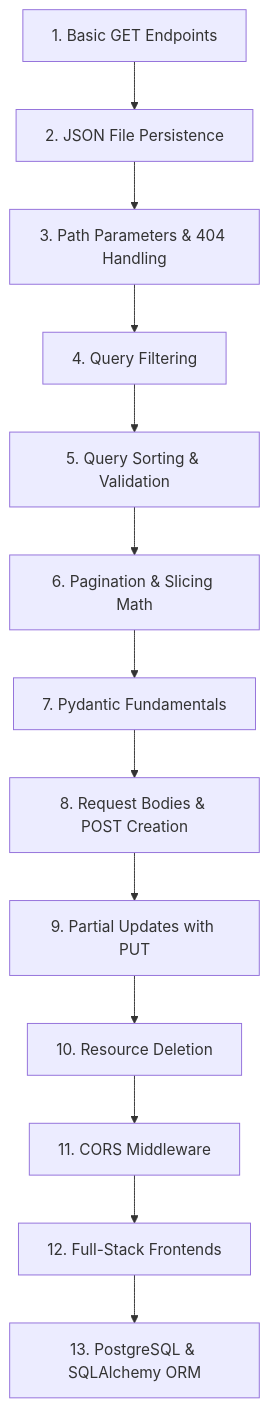
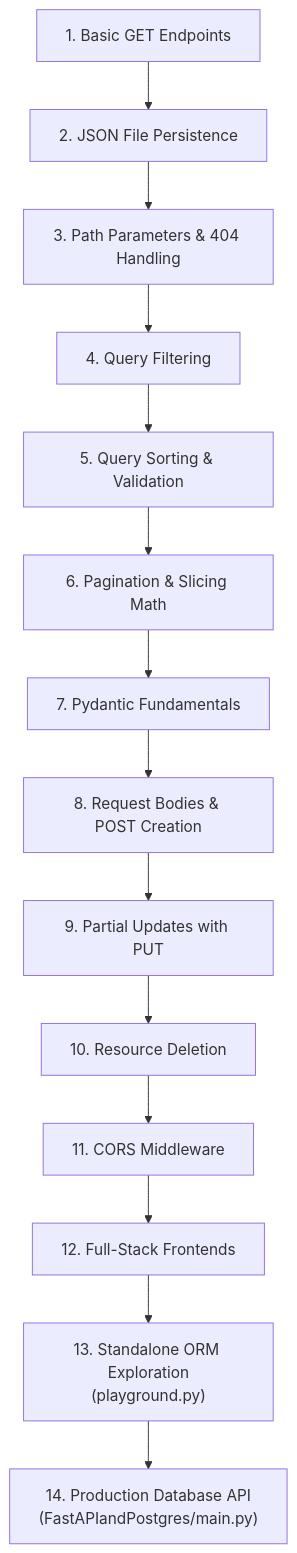
The first of 2 diagrams in README.md (gyr0byte/FastAPI-Learning), drawn with Mermaid before and after one commit. The commit also changed other lines of this file, not shown here.

Commit message:
docs: update README with detailed PostgreSQL and SQLAlchemy architecture steps

````diff
--- a/README.md
+++ b/README.md
@@ -55,15 +55,16 @@
 ```mermaid
 flowchart TD
     A["1. Basic GET Endpoints"] --> B["2. JSON File Persistence"]
     B --> C["3. Path Parameters & 404 Handling"]
     C --> D["4. Query Filtering"]
     D --> E["5. Query Sorting & Validation"]
     E --> F["6. Pagination & Slicing Math"]
     F --> G["7. Pydantic Fundamentals"]
     G --> H["8. Request Bodies & POST Creation"]
     H --> I["9. Partial Updates with PUT"]
     I --> J["10. Resource Deletion"]
     J --> K["11. CORS Middleware"]
     K --> L["12. Full-Stack Frontends"]
-    L --> M["13. PostgreSQL & SQLAlchemy ORM"]
+    L --> M["13. Standalone ORM Exploration<br/>(playground.py)"]
+    M --> N["14. Production Database API<br/>(FastAPIandPostgres/main.py)"]
 ```
````
